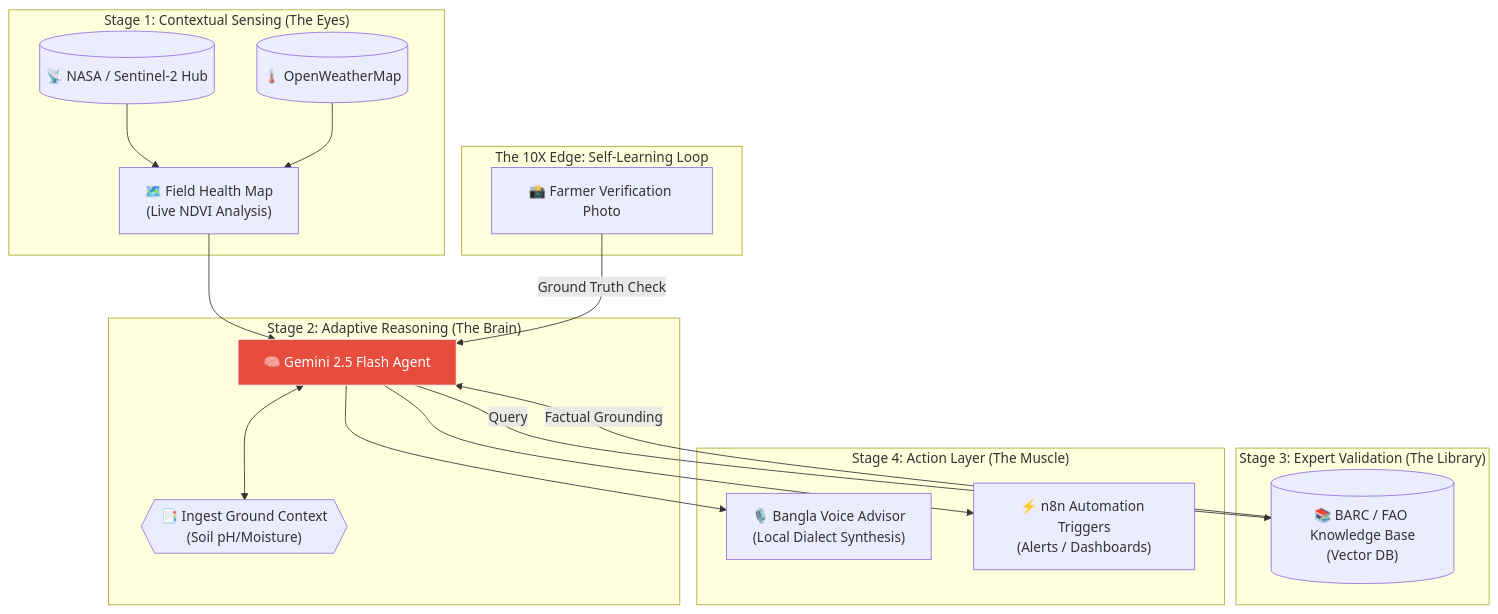
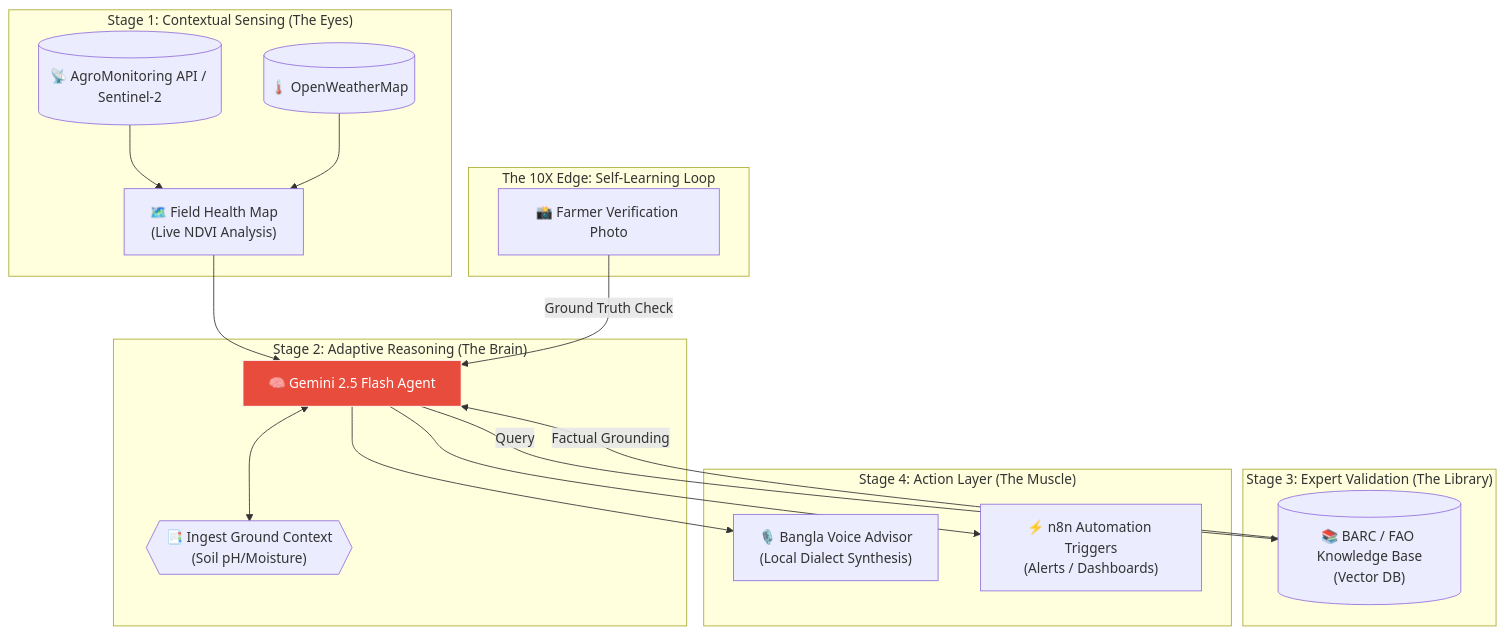
The diagram in SYSTEM_FLOW.md (yasar-sys/agri-shokti-bangla), drawn with Mermaid before and after one commit. The commit also changed other lines of this file and 5 other files, not shown here.

Commit message:
docs: update all documentation files with AgroMonitoring & AI logic details

````diff
--- a/SYSTEM_FLOW.md
+++ b/SYSTEM_FLOW.md
@@ -10,38 +10,38 @@
 ```mermaid
 graph TD
     %% Stage 1: Contextual Sensing
     subgraph "Stage 1: Contextual Sensing (The Eyes)"
-        S1[("📡 NASA / Sentinel-2 Hub")] --> S2["🗺️ Field Health Map<br/>(Live NDVI Analysis)"]
+        S1[("📡 AgroMonitoring API / Sentinel-2")] --> S2["🗺️ Field Health Map<br/>(Live NDVI Analysis)"]
         S3[("🌡️ OpenWeatherMap")] --> S2
     end
 
     %% Stage 2: Adaptive Reasoning
     subgraph "Stage 2: Adaptive Reasoning (The Brain)"
         R1["🧠 Gemini 2.5 Flash Agent"]
         R2{{"📑 Ingest Ground Context<br/>(Soil pH/Moisture)"}}
         R1 <--> R2
         S2 --> R1
     end
 
     %% Stage 3: Expert Validation
     subgraph "Stage 3: Expert Validation (The Library)"
         V1[("📚 BARC / FAO Knowledge Base<br/>(Vector DB)")]
         R1 -->|Query| V1
         V1 -->|Factual Grounding| R1
     end
 
     %% Stage 4: Hyper-Localized Delivery (The Voice)
     subgraph "Stage 4: Action Layer (The Muscle)"
         D1["🎙️ Bangla Voice Advisor<br/>(Local Dialect Synthesis)"]
         D2["⚡ n8n Automation Triggers<br/>(Alerts / Dashboards)"]
         R1 --> D1 & D2
     end
 
     %% Feedback Loop
     subgraph "The 10X Edge: Self-Learning Loop"
         L1["📸 Farmer Verification Photo"]
         L1 -->|Ground Truth Check| R1
     end
 
     style R1 fill:#e74c3c,stroke:#fff,color:#fff
 ```
````
